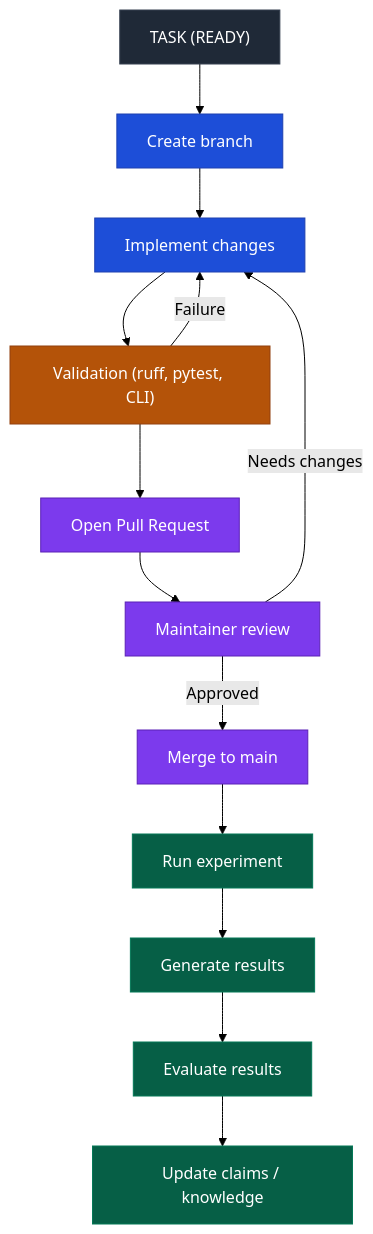
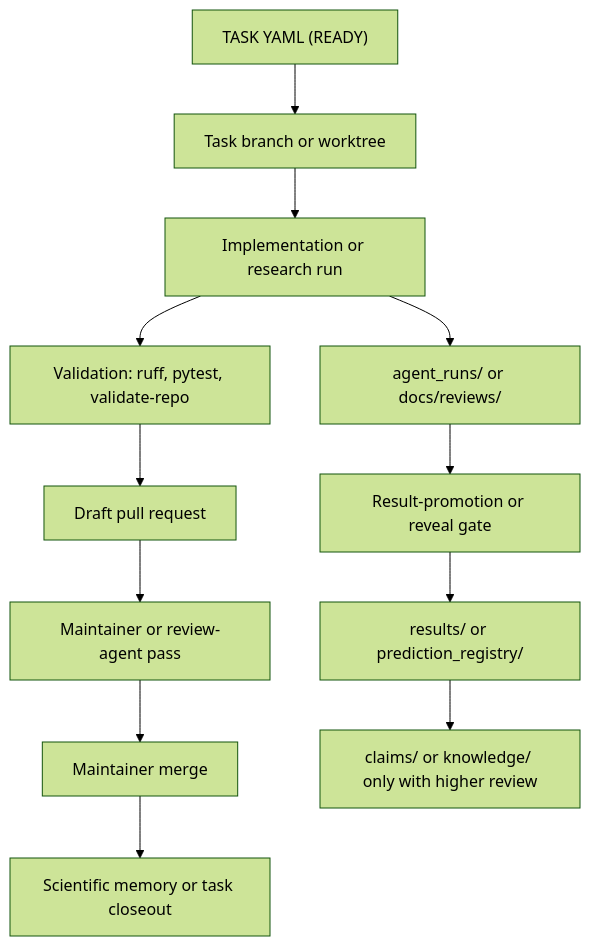
One commit to open-agent-science/autonomous-physics-lab changed the diagram in docs/architecture.md. Above: the diagram before and after it, drawn with Mermaid (forest theme). The commit also changed other lines of this file and 1 other file, not shown here.

Commit message:
docs(task-0458): refresh architecture overview

````diff
--- a/docs/architecture.md
+++ b/docs/architecture.md
@@ -37,28 +94,15 @@
 ```mermaid
 flowchart TD
-    T_READY["TASK (READY)"] --> BR["Create branch"]
-    BR --> CODE["Implement changes"]
-    CODE --> VAL["Validation (ruff, pytest, CLI)"]
-    VAL --> PR["Open Pull Request"]
-    PR --> MAINT["Maintainer review"]
-    VAL -- Failure --> CODE
-    MAINT -- Needs changes --> CODE
-    MAINT -- Approved --> MERGE["Merge to main"]
-    MERGE --> EXP["Run experiment"]
-    EXP --> RES["Generate results"]
-    RES --> EVAL["Evaluate results"]
-    EVAL --> KNOW["Update claims / knowledge"]
+    T_READY["TASK YAML (READY)"] --> BRANCH["Task branch or worktree"]
+    BRANCH --> WORK["Implementation or research run"]
+    WORK --> VALIDATE["Validation: ruff, pytest, validate-repo"]
+    VALIDATE --> PR["Draft pull request"]
+    PR --> REVIEW["Maintainer or review-agent pass"]
+    REVIEW --> MERGE["Maintainer merge"]
+    MERGE --> MEMORY["Scientific memory or task closeout"]
 
-    classDef task fill:#1f2937,stroke:#374151,color:#ffffff;
-    classDef dev fill:#1d4ed8,stroke:#1e40af,color:#ffffff;
-    classDef validation fill:#b45309,stroke:#92400e,color:#ffffff;
-    classDef review fill:#7c3aed,stroke:#5b21b6,color:#ffffff;
-    classDef science fill:#065f46,stroke:#047857,color:#ffffff;
-
-    class T_READY task;
-    class BR,CODE dev;
-    class VAL validation;
-    class PR,MAINT,MERGE review;
-    class EXP,RES,EVAL,KNOW science;
-
+    WORK --> SANDBOX["agent_runs/ or docs/reviews/"]
+    SANDBOX --> GATE["Result-promotion or reveal gate"]
+    GATE --> RESULT["results/ or prediction_registry/"]
+    RESULT --> CLAIM["claims/ or knowledge/ only with higher review"]
 ```
````
